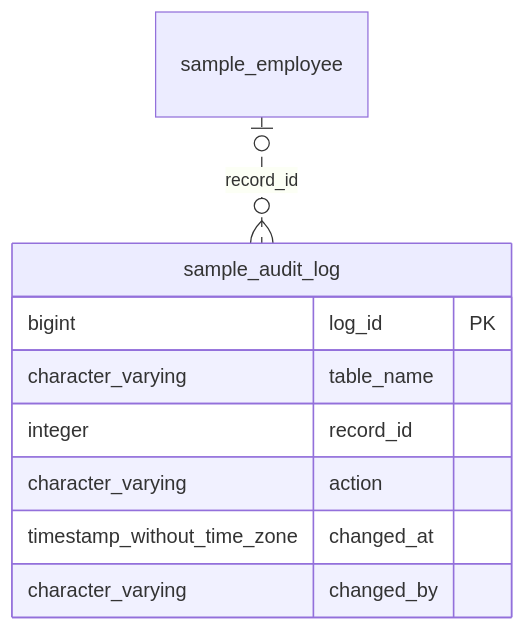
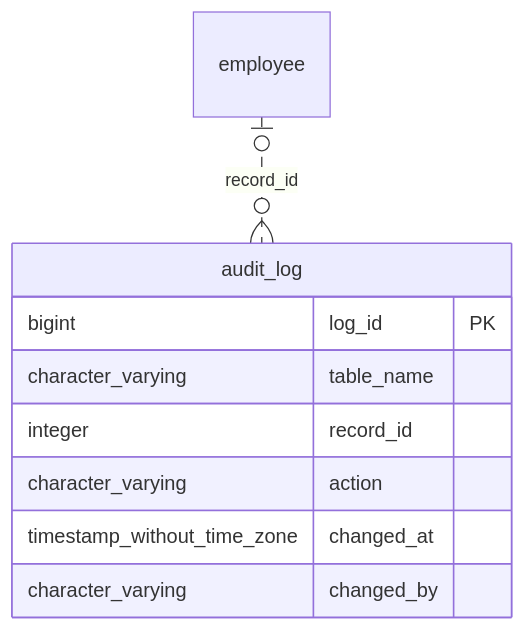
The diagram in docs/sample/postgres/output/testdb/sample/table/audit_log.md (ebichan88/exportTableDefinition), drawn with Mermaid before and after one commit. The commit also changed other lines of this file and 46 other files, not shown here.

First line of the commit message:
ER図のエンティティ表示ラベルをMermaidの別名構文でテーブル名のみに簡素化

````diff
--- a/docs/sample/postgres/output/testdb/sample/table/audit_log.md
+++ b/docs/sample/postgres/output/testdb/sample/table/audit_log.md
@@ -65,12 +65,14 @@
 ```mermaid
 erDiagram
+    sample_audit_log["audit_log"]
+    sample_employee["employee"]
     sample_employee |o..o{ sample_audit_log : "record_id"
     sample_audit_log {
         bigint log_id PK
         character_varying table_name
         integer record_id
         character_varying action
         timestamp_without_time_zone changed_at
         character_varying changed_by
     }
 ```
````
